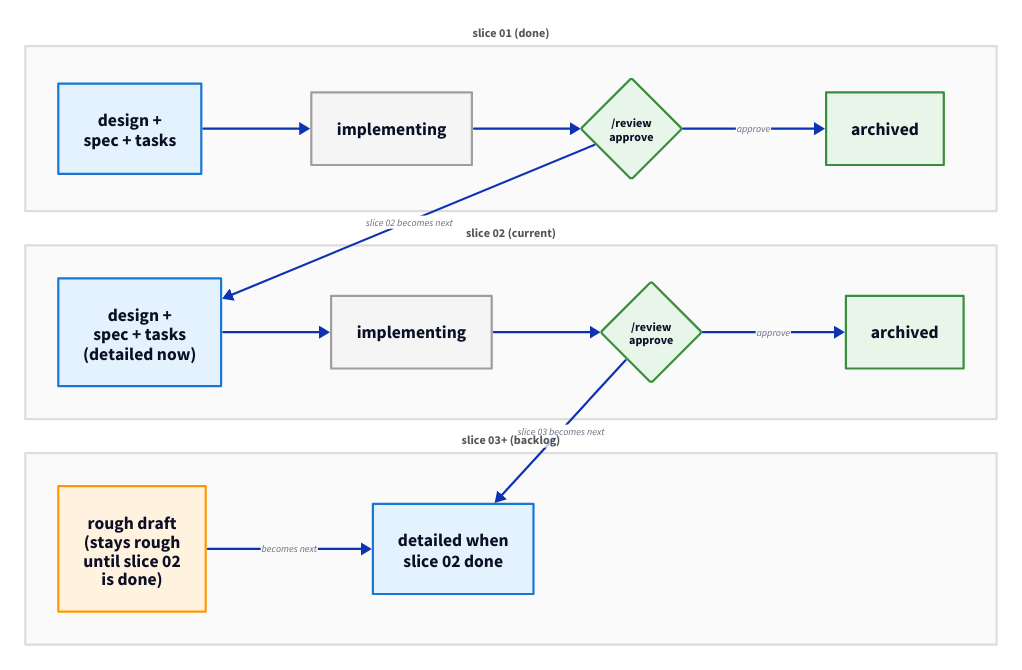
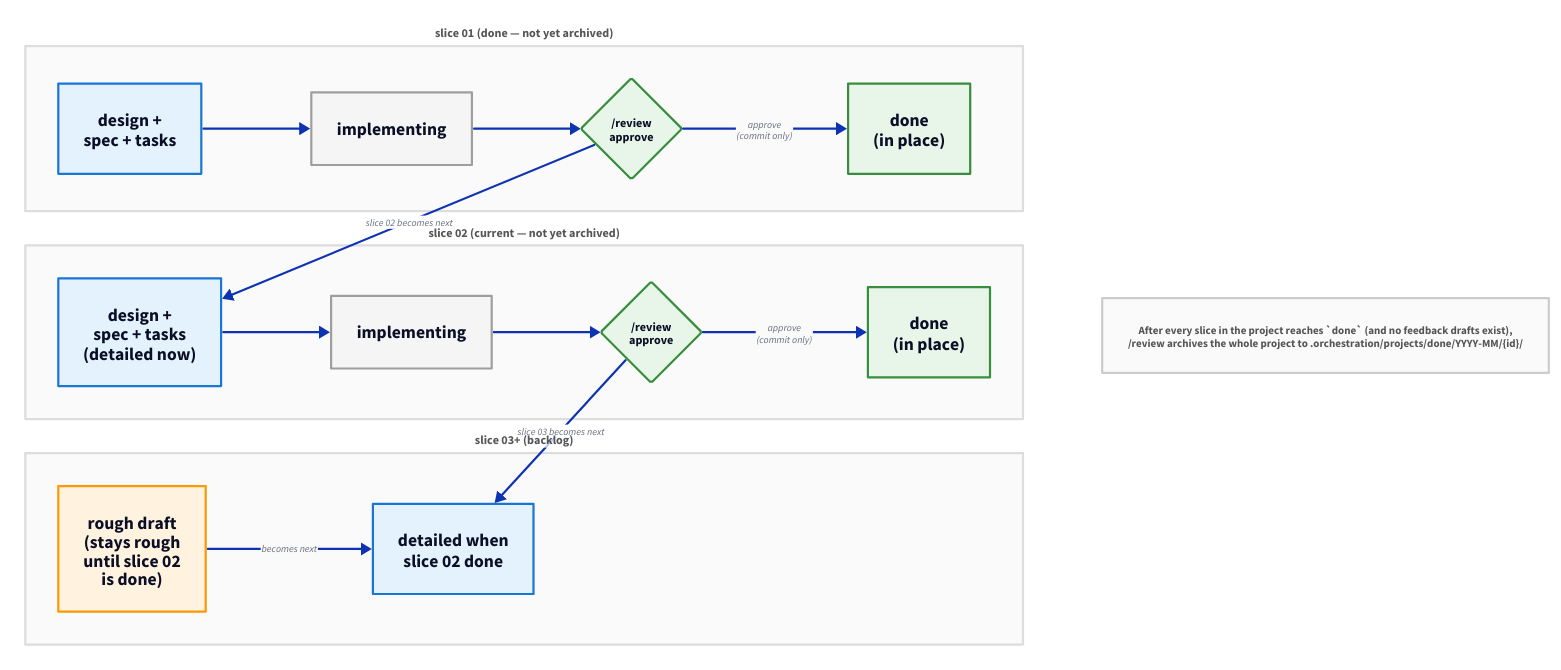
One commit to bcokert/command-init-orchestrator changed the diagram in docs/diagrams/multi-slice-sequence.d2. Above: the diagram before and after it, drawn with D2. The commit also changed 116 other files, not shown here.

```diff
--- a/docs/diagrams/multi-slice-sequence.d2
+++ b/docs/diagrams/multi-slice-sequence.d2
@@ -1,127 +1,134 @@
 vars: {
   d2-config: {
     layout-engine: dagre
     pad: 0
   }
   colors: {
     design: "#e3f2fd"
     design-border: "#1976D2"
     impl: "#f5f5f5"
     impl-border: "#9e9e9e"
     qa: "#f3e5f5"
     qa-border: "#7B1FA2"
     archive: "#e8f5e9"
     archive-border: "#388E3C"
     feedback: "#fff3e0"
     feedback-border: "#FF9800"
     lc: "#555555"
   }
 }
 
 grid: "" {
   grid-rows: 3
   grid-gap: 12
   style.stroke: transparent
   style.fill: transparent
 
-  row1: "slice 01 (done)" {
+  row1: "slice 01 (done — not yet archived)" {
     direction: right
     style.fill: "#fafafa"
     style.stroke: "#dddddd"
     style.font-size: 11
     style.bold: true
     style.font-color: ${colors.lc}
 
     s1_design: "design +\nspec + tasks" {
       style.fill: ${colors.design}
       style.stroke: ${colors.design-border}
     }
     s1_impl: implementing {
       style.fill: ${colors.impl}
       style.stroke: ${colors.impl-border}
     }
     s1_review: "/review\napprove" {
       shape: diamond
       width: 90
       height: 90
       style.fill: ${colors.archive}
       style.stroke: ${colors.archive-border}
       style.font-size: 11
     }
-    s1_done: "archived" {
+    s1_done: "done\n(in place)" {
       style.fill: ${colors.archive}
       style.stroke: ${colors.archive-border}
     }
 
     s1_design -> s1_impl
     s1_impl -> s1_review
-    s1_review -> s1_done: approve {
+    s1_review -> s1_done: "approve\n(commit only)" {
       style.font-size: 9
     }
   }
 
-  row2: "slice 02 (current)" {
+  row2: "slice 02 (current — not yet archived)" {
     direction: right
     style.fill: "#fafafa"
     style.stroke: "#dddddd"
     style.font-size: 11
     style.bold: true
     style.font-color: ${colors.lc}
 
     s2_design: "design +\nspec + tasks\n(detailed now)" {
       style.fill: ${colors.design}
       style.stroke: ${colors.design-border}
     }
     s2_impl: implementing {
       style.fill: ${colors.impl}
       style.stroke: ${colors.impl-border}
     }
     s2_review: "/review\napprove" {
       shape: diamond
       width: 90
       height: 90
       style.fill: ${colors.archive}
       style.stroke: ${colors.archive-border}
       style.font-size: 11
     }
-    s2_done: "archived" {
+    s2_done: "done\n(in place)" {
       style.fill: ${colors.archive}
       style.stroke: ${colors.archive-border}
     }
 
     s2_design -> s2_impl
     s2_impl -> s2_review
-    s2_review -> s2_done: approve {
+    s2_review -> s2_done: "approve\n(commit only)" {
       style.font-size: 9
     }
   }
 
   row3: "slice 03+ (backlog)" {
     direction: right
     style.fill: "#fafafa"
     style.stroke: "#dddddd"
     style.font-size: 11
     style.bold: true
     style.font-color: ${colors.lc}
 
     s3_rough: "rough draft\n(stays rough\nuntil slice 02\nis done)" {
       style.fill: ${colors.feedback}
       style.stroke: ${colors.feedback-border}
     }
     s3_next: "detailed when\nslice 02 done" {
       style.fill: ${colors.design}
       style.stroke: ${colors.design-border}
     }
 
     s3_rough -> s3_next: "becomes next" {
       style.font-size: 9
     }
   }
 }
 
 grid.row1.s1_review -> grid.row2.s2_design: "slice 02 becomes next" {
   style.font-size: 9
 }
 grid.row2.s2_review -> grid.row3.s3_next: "slice 03 becomes next" {
   style.font-size: 9
 }
+
+archive_note: "After every slice in the project reaches `done` (and no feedback drafts exist),\n/review archives the whole project to .orchestration/projects/done/YYYY-MM/{id}/" {
+  style.fill: "#fafafa"
+  style.stroke: "#cccccc"
+  style.font-size: 10
+  style.font-color: ${colors.lc}
+}
```
